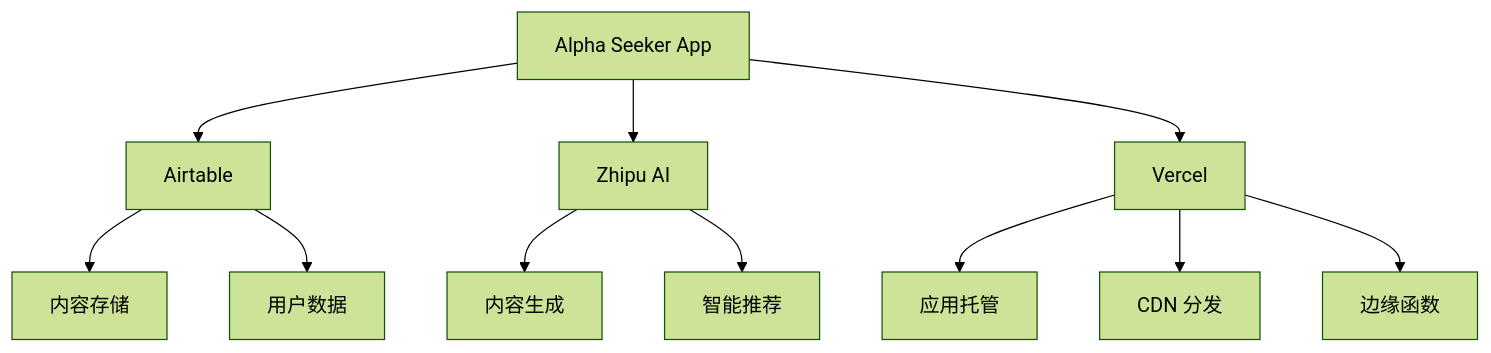
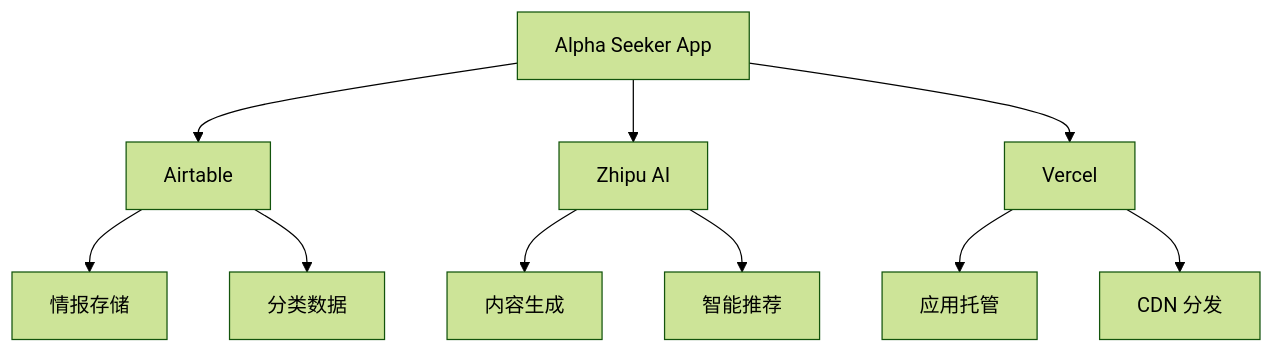
The diagram in architect/5_dependencies/external_services.md (LeoZhoski/AboutMe), drawn with Mermaid (forest theme) before and after one commit. The commit also changed other lines of this file and 10 other files, not shown here.

````diff
--- a/architect/5_dependencies/external_services.md
+++ b/architect/5_dependencies/external_services.md
@@ -426,16 +159,15 @@
 ```mermaid
 graph TD
     A[Alpha Seeker App] --> B[Airtable]
     A --> C[Zhipu AI]
     A --> D[Vercel]
     
-    B --> B1[内容存储]
-    B --> B2[用户数据]
+    B --> B1[情报存储]
+    B --> B2[分类数据]
     
     C --> C1[内容生成]
     C --> C2[智能推荐]
     
     D --> D1[应用托管]
     D --> D2[CDN 分发]
-    D --> D3[边缘函数]
 ```
````
